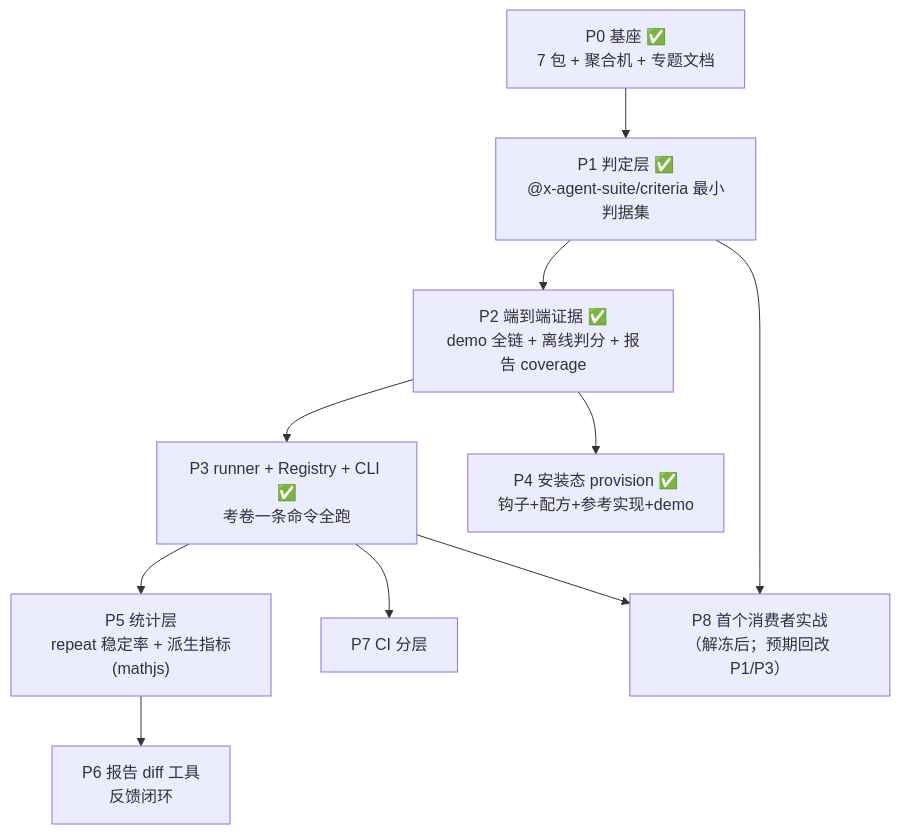
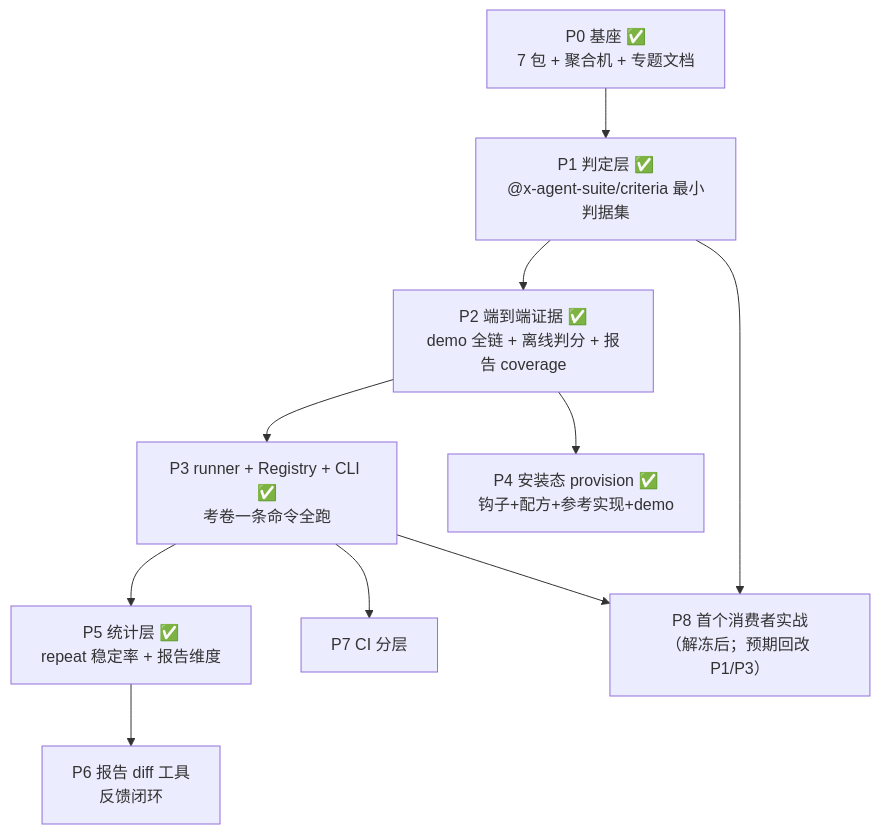
The diagram in docs/spec/capability-system.md (xnightsky/x-agent-suite), drawn with Mermaid before and after one commit. The commit also changed other lines of this file and 14 other files, not shown here.

````diff
--- a/docs/spec/capability-system.md
+++ b/docs/spec/capability-system.md
@@ -116,12 +116,12 @@
 ```mermaid
 flowchart TD
     P0["P0 基座 ✅<br/>7 包 + 聚合机 + 专题文档"] --> P1["P1 判定层 ✅<br/>@x-agent-suite/criteria 最小判据集"]
     P1 --> P2["P2 端到端证据 ✅<br/>demo 全链 + 离线判分 + 报告 coverage"]
     P2 --> P3["P3 runner + Registry + CLI ✅<br/>考卷一条命令全跑"]
     P2 --> P4["P4 安装态 provision ✅<br/>钩子+配方+参考实现+demo"]
-    P3 --> P5["P5 统计层<br/>repeat 稳定率 + 派生指标(mathjs)"]
+    P3 --> P5["P5 统计层 ✅<br/>repeat 稳定率 + 报告维度"]
     P5 --> P6["P6 报告 diff 工具<br/>反馈闭环"]
     P3 --> P7["P7 CI 分层"]
     P1 --> P8["P8 首个消费者实战<br/>（解冻后；预期回改 P1/P3）"]
     P3 --> P8
 ```
````
